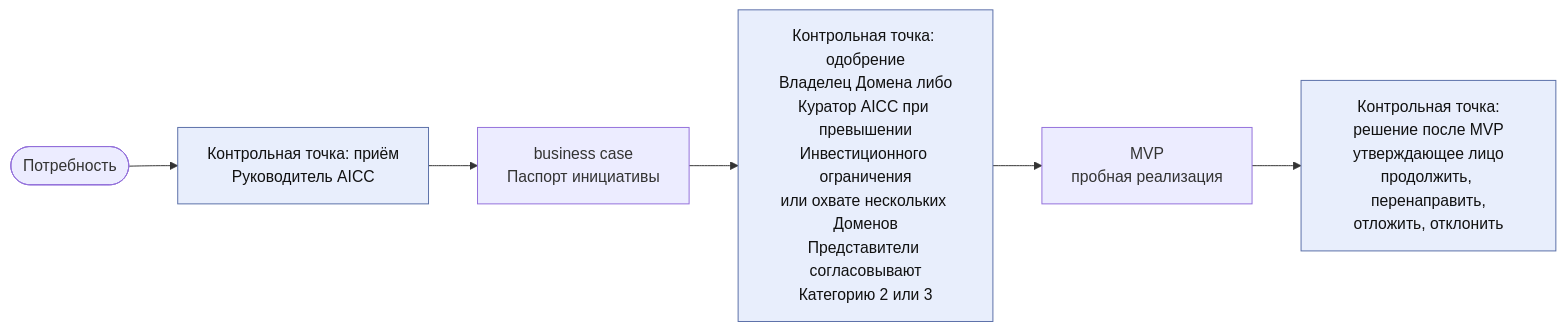
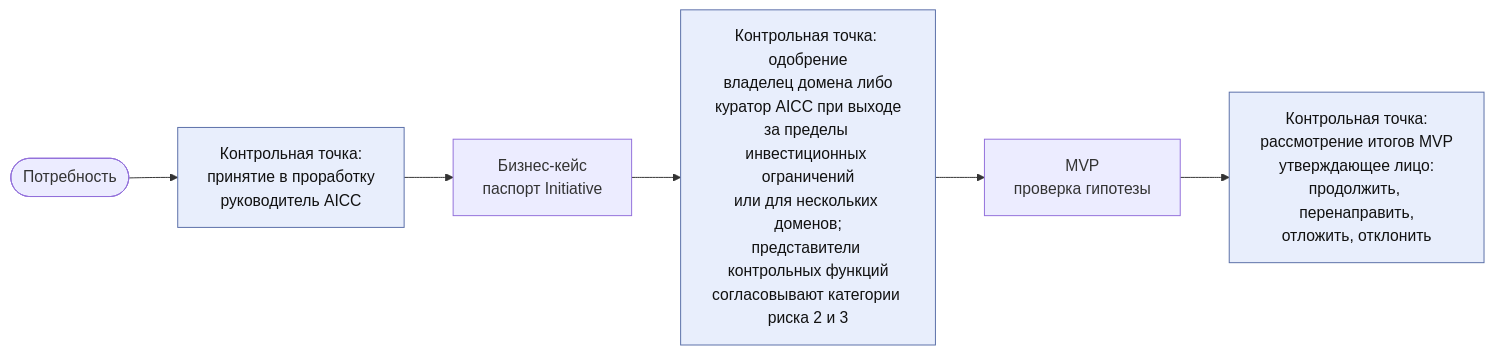
The second of 5 diagrams in charter/ru/guides/service-delivery-guide.md (devhogu/ob-aicc), drawn with Mermaid before and after one commit. The commit also changed other lines of this file and 6 other files, not shown here.

````diff
--- a/charter/ru/guides/service-delivery-guide.md
+++ b/charter/ru/guides/service-delivery-guide.md
@@ -48,10 +48,10 @@
 ```mermaid
 flowchart LR
-  N(["Потребность"]) --> G1["Контрольная точка: приём<br/>Руководитель AICC"]
-  G1 --> BC["business case<br/>Паспорт инициативы"]
-  BC --> G2["Контрольная точка: одобрение<br/>Владелец Домена либо<br/>Куратор AICC при превышении<br/>Инвестиционного ограничения<br/>или охвате нескольких Доменов<br/>Представители согласовывают<br/>Категорию 2 или 3"]
-  G2 --> MV["MVP<br/>пробная реализация"]
-  MV --> G3["Контрольная точка:<br/>решение после MVP<br/>утверждающее лицо<br/>продолжить, перенаправить,<br/>отложить, отклонить"]
+  N(["Потребность"]) --> G1["Контрольная точка:<br/>принятие в проработку<br/>руководитель AICC"]
+  G1 --> BC["Бизнес-кейс<br/>паспорт Initiative"]
+  BC --> G2["Контрольная точка: одобрение<br/>владелец домена либо<br/>куратор AICC при выходе<br/>за пределы инвестиционных ограничений<br/>или для нескольких доменов;<br/>представители контрольных функций<br/>согласовывают категории риска 2 и 3"]
+  G2 --> MV["MVP<br/>проверка гипотезы"]
+  MV --> G3["Контрольная точка:<br/>рассмотрение итогов MVP<br/>утверждающее лицо:<br/>продолжить, перенаправить,<br/>отложить, отклонить"]
   classDef gate fill:#e8eefc,stroke:#5a6fa8,color:#111
   class G1,G2,G3 gate
 ```
````
